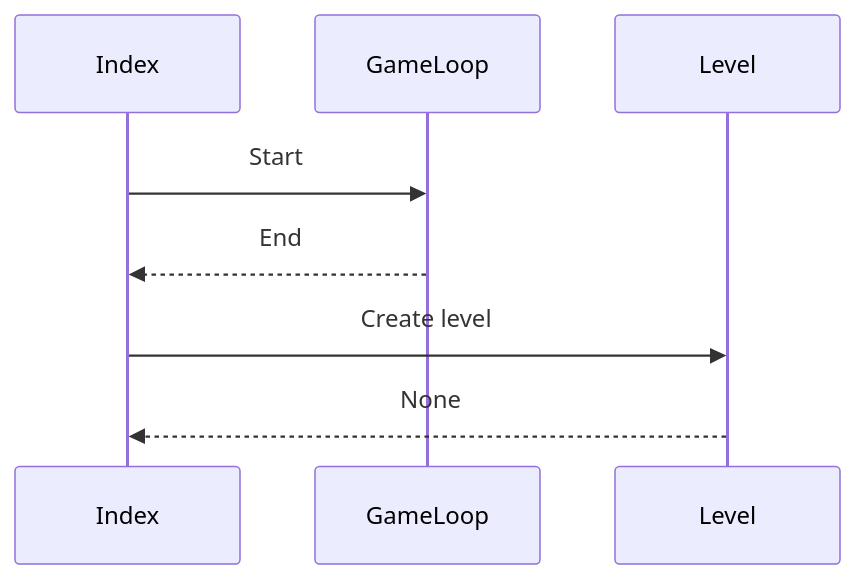
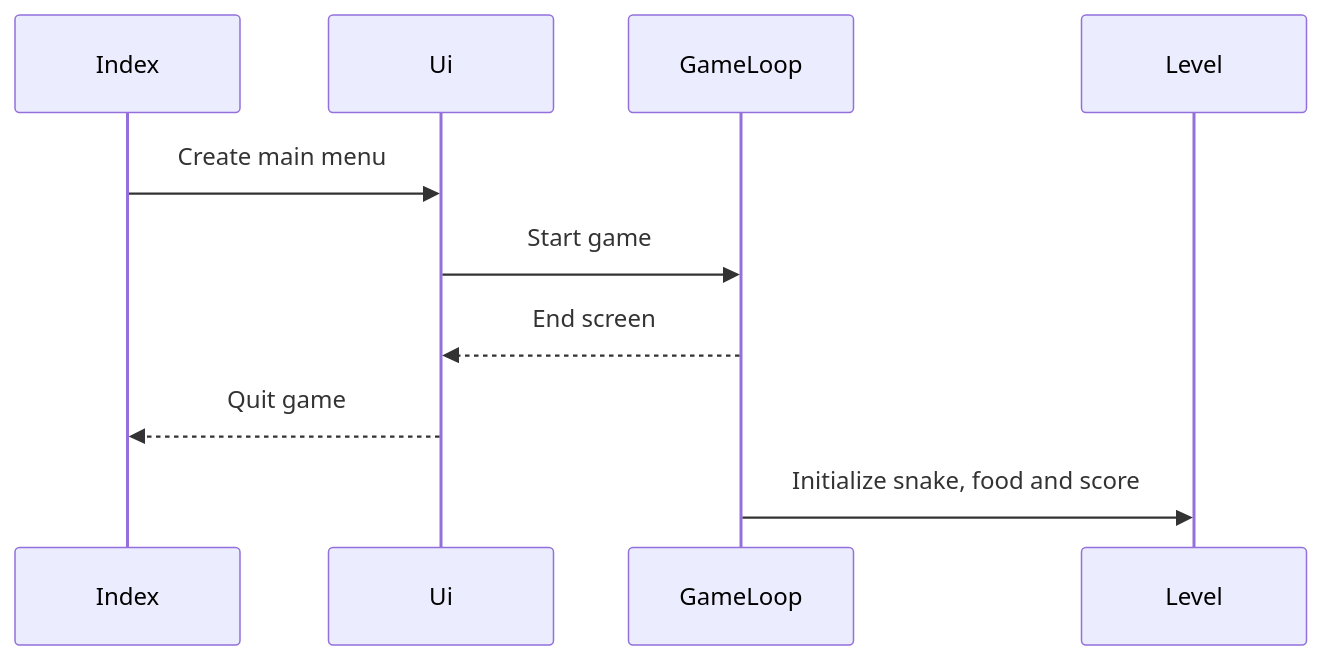
The second of 2 diagrams in dokumentaatio/arkkitehtuuri.md (AapoTuulentie/ot-harjoitusty-), drawn with Mermaid before and after one commit.

````diff
--- a/dokumentaatio/arkkitehtuuri.md
+++ b/dokumentaatio/arkkitehtuuri.md
@@ -51,12 +51,15 @@
 ```mermaid
     sequenceDiagram
         
         participant Index
+        participant Ui
         participant GameLoop
         participant Level
-        Index ->> GameLoop: Start
-        GameLoop -->> Index: End
-        Index ->> Level: Create level
-        Level -->> Index: None
+        Index ->> Ui: Create main menu
+        Ui ->> GameLoop: Start game
+        GameLoop -->> Ui: End screen
+        Ui -->> Index: Quit game
+        GameLoop ->> Level: Initialize snake, food and score
+     
         
 ```
````
